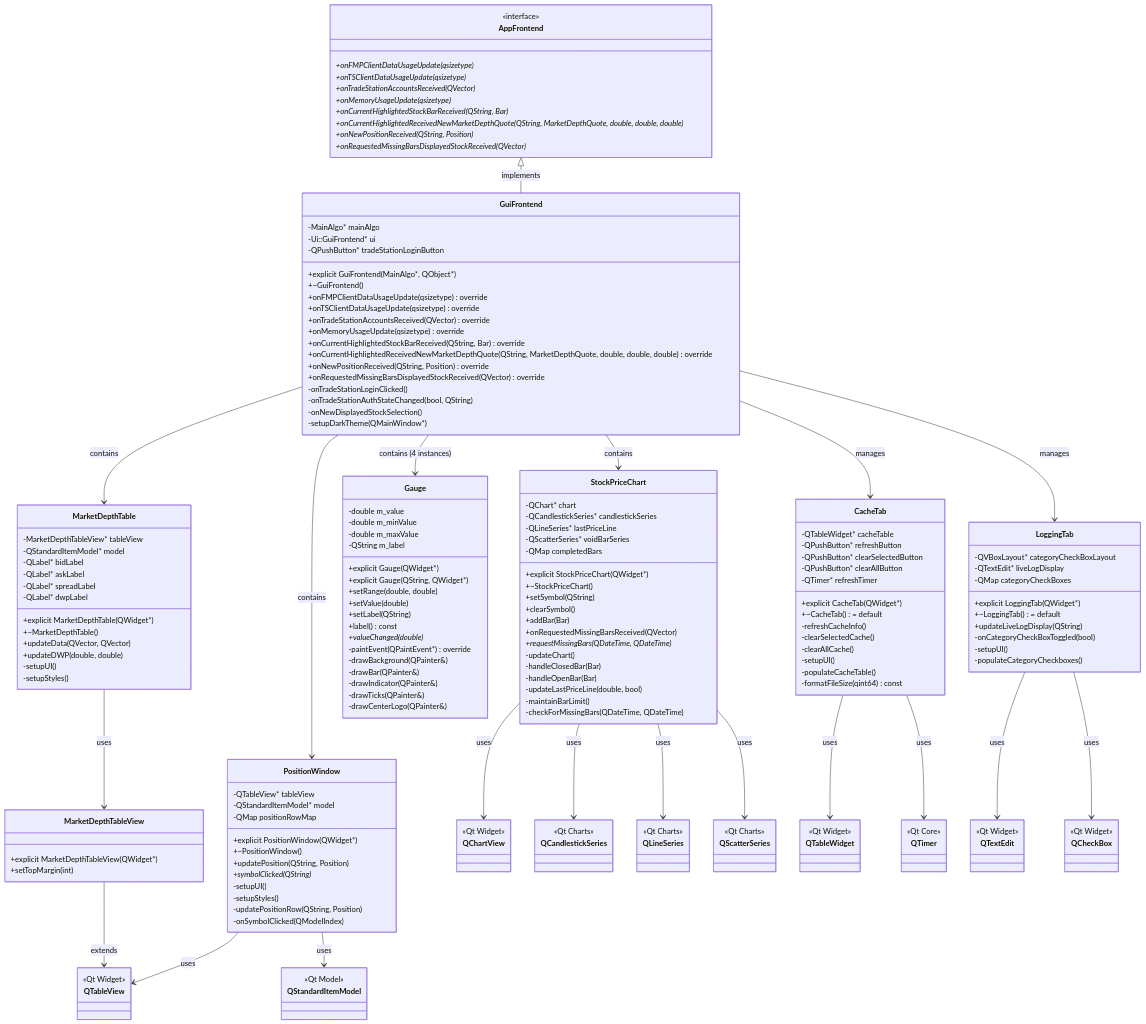
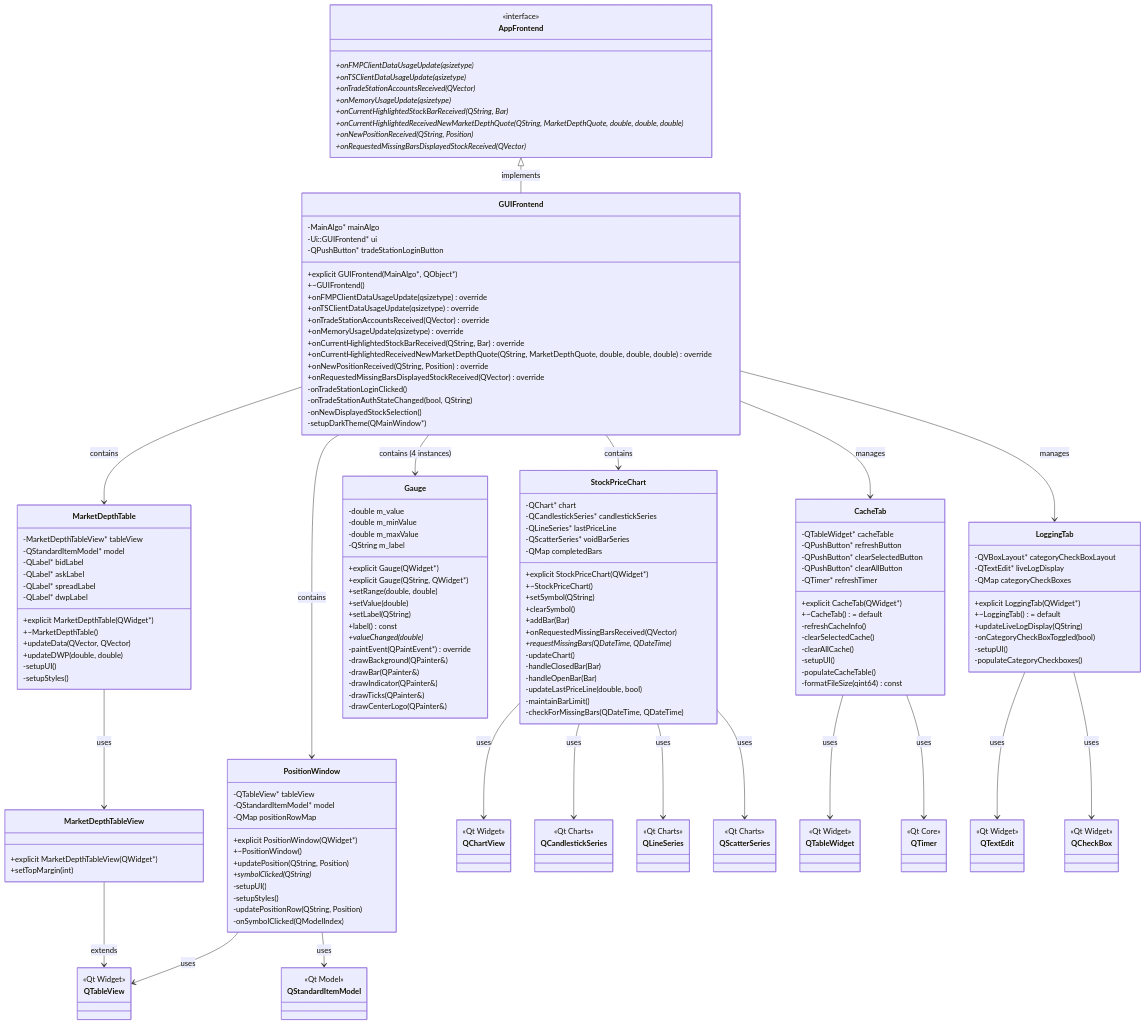
Before and after one commit to simonbeaudoin0935/OpenTraderPlatform: the first of 2 diagrams in Doc/GUI_Architecture.md, drawn with Mermaid. The commit also changed other lines of this file and 3 other files, not shown here.

```diff
--- a/Doc/GUI_Architecture.md
+++ b/Doc/GUI_Architecture.md
@@ -12,12 +12,12 @@
         +onRequestedMissingBarsDisplayedStockReceived(QVector<Bar>)*
     }
 
-    class GuiFrontend {
+    class GUIFrontend {
         -MainAlgo* mainAlgo
-        -Ui::GuiFrontend* ui
+        -Ui::GUIFrontend* ui
         -QPushButton* tradeStationLoginButton
-        +explicit GuiFrontend(MainAlgo*, QObject*)
-        +~GuiFrontend()
+        +explicit GUIFrontend(MainAlgo*, QObject*)
+        +~GUIFrontend()
         +onFMPClientDataUsageUpdate(qsizetype) override
         +onTSClientDataUsageUpdate(qsizetype) override
         +onTradeStationAccountsReceived(QVector<Account>) override
@@ -136,13 +136,13 @@
     }
 
     %% Relationships
-    AppFrontend <|-- GuiFrontend : implements
-    GuiFrontend --> StockPriceChart : contains
-    GuiFrontend --> MarketDepthTable : contains
-    GuiFrontend --> PositionWindow : contains
-    GuiFrontend --> Gauge : contains (4 instances)
-    GuiFrontend --> CacheTab : manages
-    GuiFrontend --> LoggingTab : manages
+    AppFrontend <|-- GUIFrontend : implements
+    GUIFrontend --> StockPriceChart : contains
+    GUIFrontend --> MarketDepthTable : contains
+    GUIFrontend --> PositionWindow : contains
+    GUIFrontend --> Gauge : contains (4 instances)
+    GUIFrontend --> CacheTab : manages
+    GUIFrontend --> LoggingTab : manages
 
     MarketDepthTable --> MarketDepthTableView : uses
     MarketDepthTableView --> QTableView : extends
```
